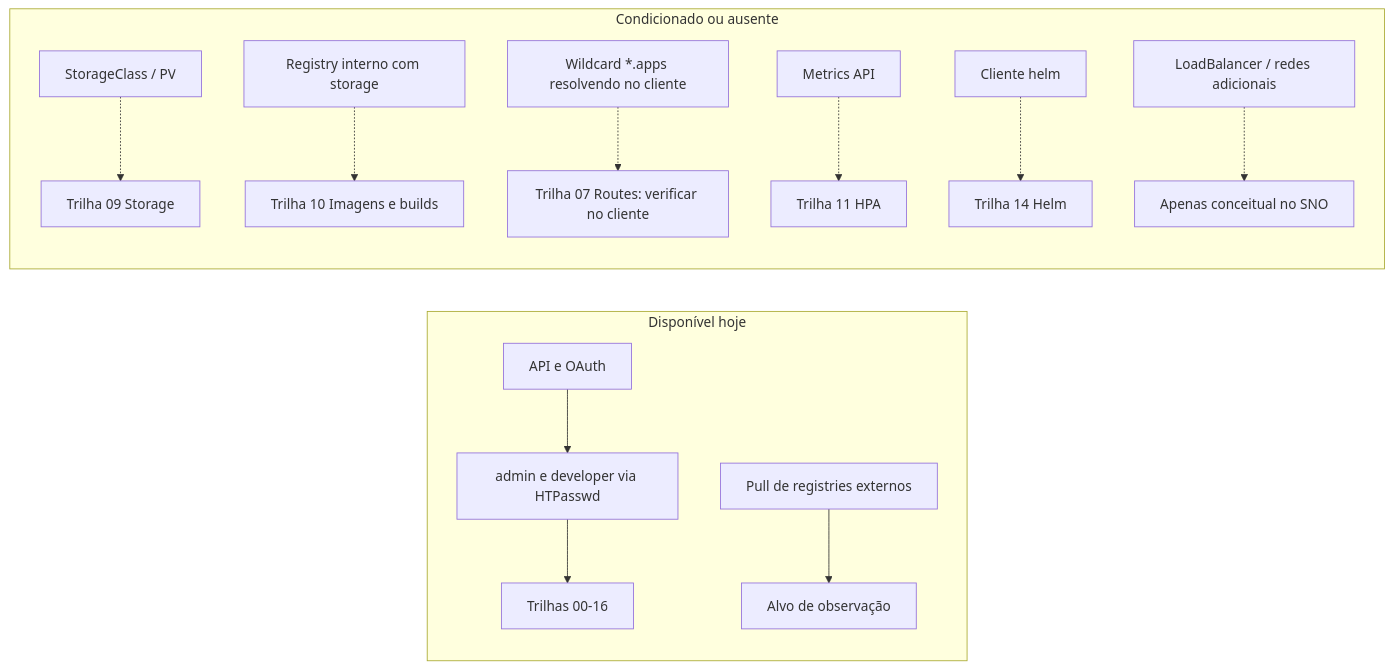
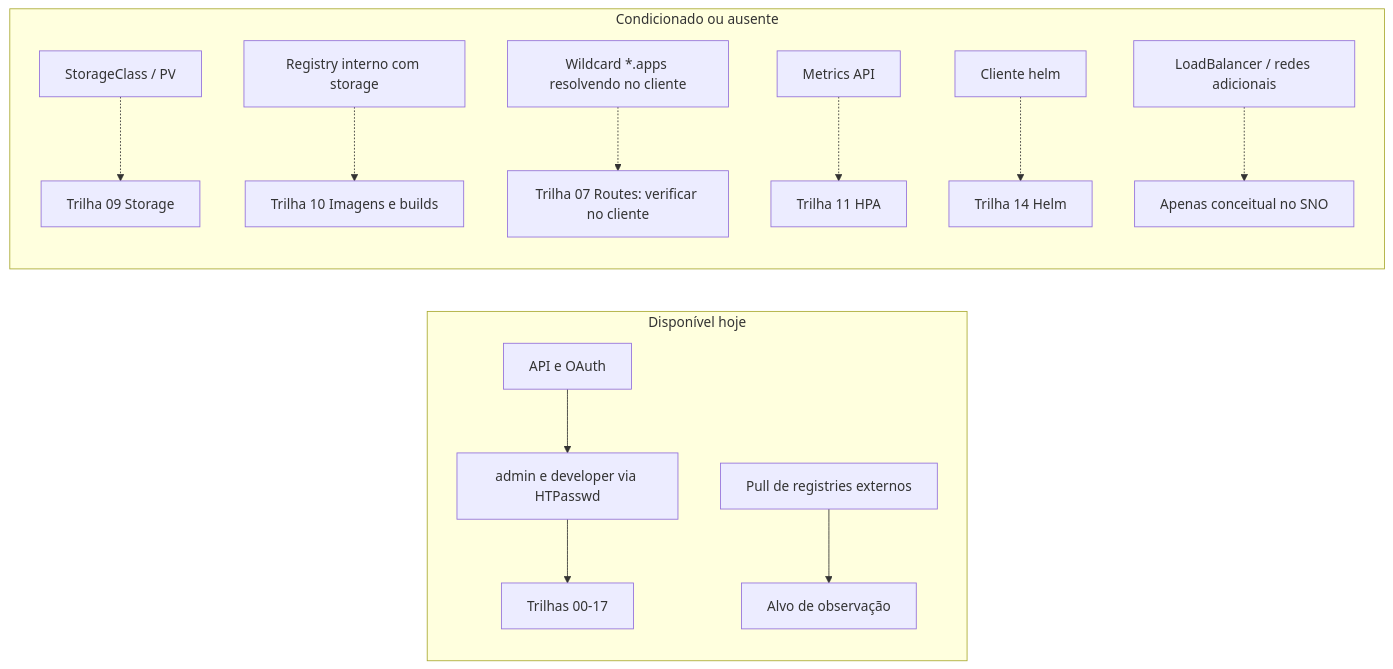
Before and after one commit to eduardoandradej/academia-comandos-openshift: the diagram in catalogo/matriz-competencias.md, drawn with Mermaid. The commit also changed other lines of this file and 56 other files, not shown here.

````diff
--- a/catalogo/matriz-competencias.md
+++ b/catalogo/matriz-competencias.md
@@ -53,16 +54,16 @@
 ```mermaid
 flowchart LR
   subgraph disponivel[Disponível hoje]
     API[API e OAuth] --> ID[admin e developer via HTPasswd]
-    ID --> T00[Trilhas 00-16]
+    ID --> T00[Trilhas 00-17]
     IMG[Pull de registries externos] --> T02[Alvo de observação]
   end
   subgraph condicionado[Condicionado ou ausente]
     SC[StorageClass / PV] -.-> T09[Trilha 09 Storage]
     REG[Registry interno com storage] -.-> T10[Trilha 10 Imagens e builds]
     DNS[Wildcard *.apps resolvendo no cliente] -.-> T07[Trilha 07 Routes: verificar no cliente]
     MET[Metrics API] -.-> T11[Trilha 11 HPA]
     HELM[Cliente helm] -.-> T14[Trilha 14 Helm]
     LB[LoadBalancer / redes adicionais] -.-> X[Apenas conceitual no SNO]
   end
 ```
````
